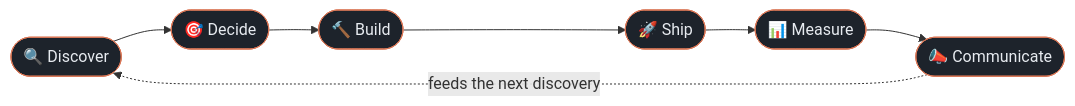
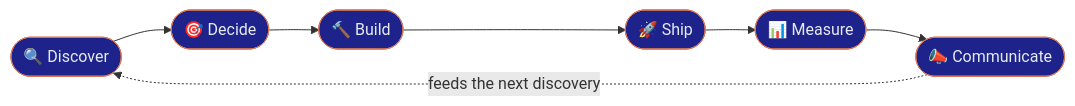
One commit to sidneysimas/pm-claude-skills changed the diagram in README.md. Above: the diagram before and after it, drawn with Mermaid. The commit also changed other lines of this file and 5 other files, not shown here.

````diff
--- a/README.md
+++ b/README.md
@@ -133,7 +133,7 @@
 ```mermaid
 flowchart LR
     A(["🔍 Discover"]) --> B(["🎯 Decide"]) --> C(["🔨 Build"]) --> D(["🚀 Ship"]) --> E(["📊 Measure"]) --> F(["📣 Communicate"])
     F -. "feeds the next discovery" .-> A
-    classDef s fill:#1d232b,stroke:#d97757,color:#e7ebf0;
+    classDef s fill:#1d238b,stroke:#d97757,color:#e7ebf0;
     class A,B,C,D,E,F s;
 ```
````
